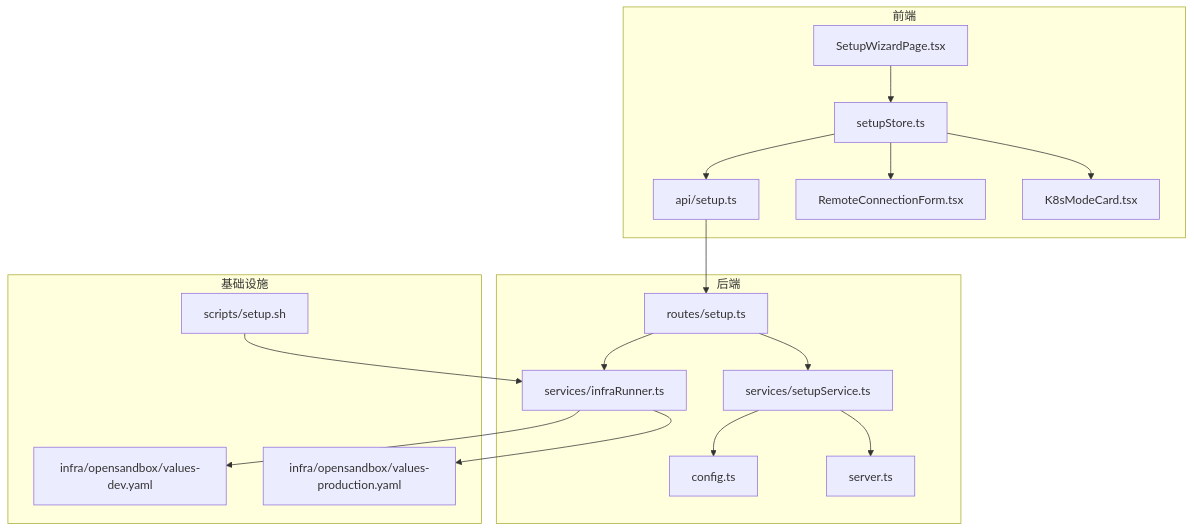
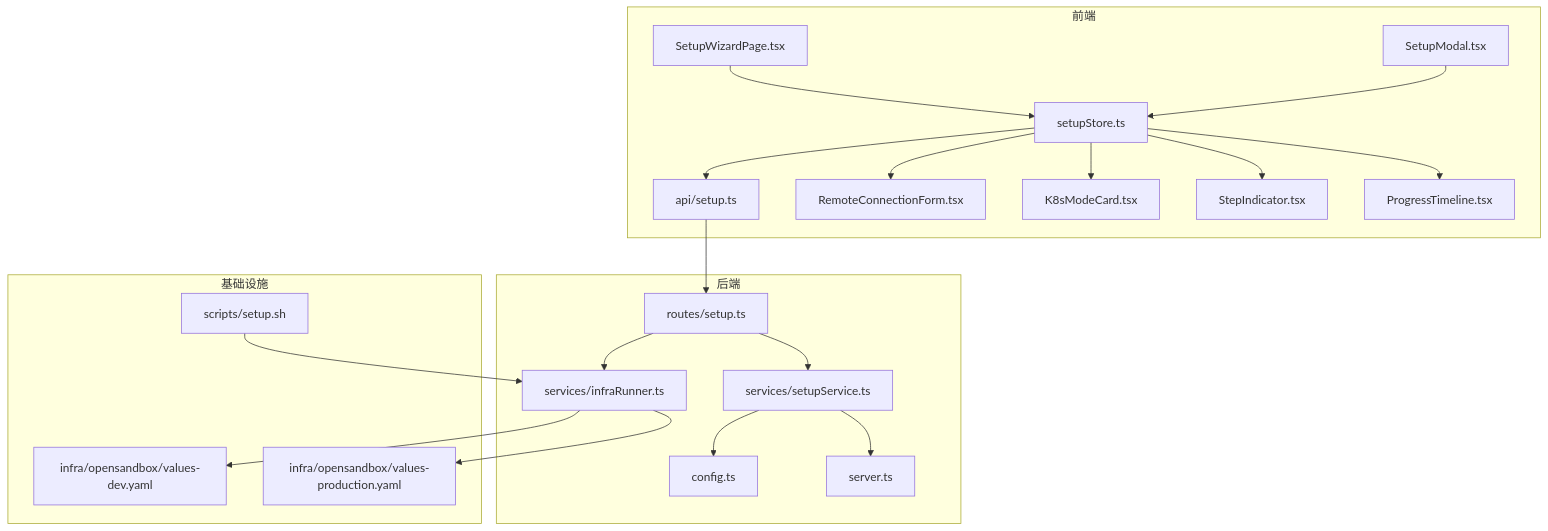
The first of 9 diagrams in .qoder/repowiki/zh/content/后端服务详解/设置服务模块.md (RabbitAI-Lab/Sandbox-Manager), drawn with Mermaid before and after one commit. The commit also changed other lines of this file and 15 other files, not shown here.

````diff
--- a/.qoder/repowiki/zh/content/后端服务详解/设置服务模块.md
+++ b/.qoder/repowiki/zh/content/后端服务详解/设置服务模块.md
@@ -44,34 +57,40 @@
 ```mermaid
 graph TB
 subgraph "前端"
 F_Page["SetupWizardPage.tsx"]
+F_Modal["SetupModal.tsx"]
 F_Store["setupStore.ts"]
 F_API["api/setup.ts"]
 F_RemoteForm["RemoteConnectionForm.tsx"]
 F_K8sCard["K8sModeCard.tsx"]
+F_StepIndicator["StepIndicator.tsx"]
+F_ProgressTimeline["ProgressTimeline.tsx"]
 end
 subgraph "后端"
 R_Setup["routes/setup.ts"]
 S_Setup["services/setupService.ts"]
 S_Infra["services/infraRunner.ts"]
 C_Config["config.ts"]
 S_Server["server.ts"]
 end
 subgraph "基础设施"
 I_ValuesDev["infra/opensandbox/values-dev.yaml"]
 I_ValuesProd["infra/opensandbox/values-production.yaml"]
 Scripts["scripts/setup.sh"]
 end
 F_Page --> F_Store
+F_Modal --> F_Store
 F_Store --> F_API
 F_Store --> F_RemoteForm
 F_Store --> F_K8sCard
+F_Store --> F_StepIndicator
+F_Store --> F_ProgressTimeline
 F_API --> R_Setup
 R_Setup --> S_Setup
 R_Setup --> S_Infra
 S_Setup --> C_Config
 S_Setup --> S_Server
 S_Infra --> I_ValuesDev
 S_Infra --> I_ValuesProd
 Scripts --> S_Infra
 ```
````
